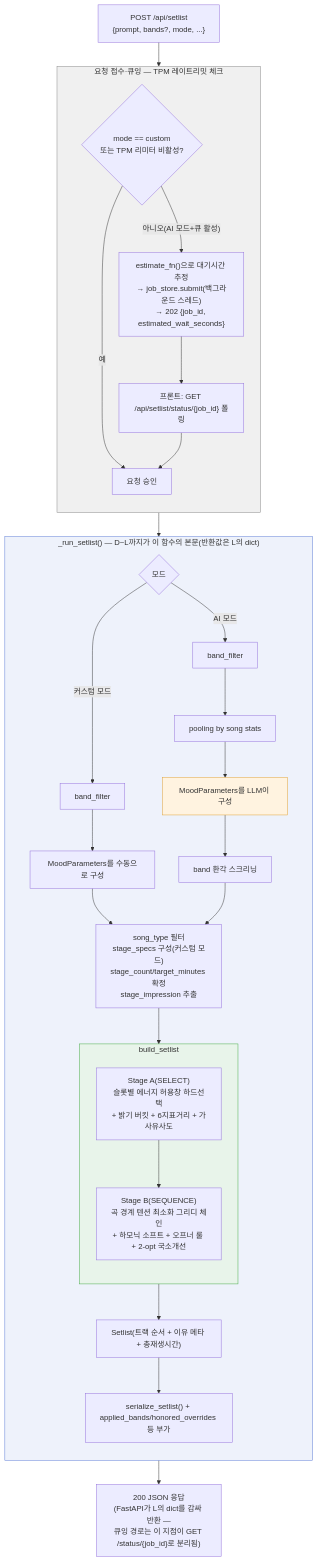
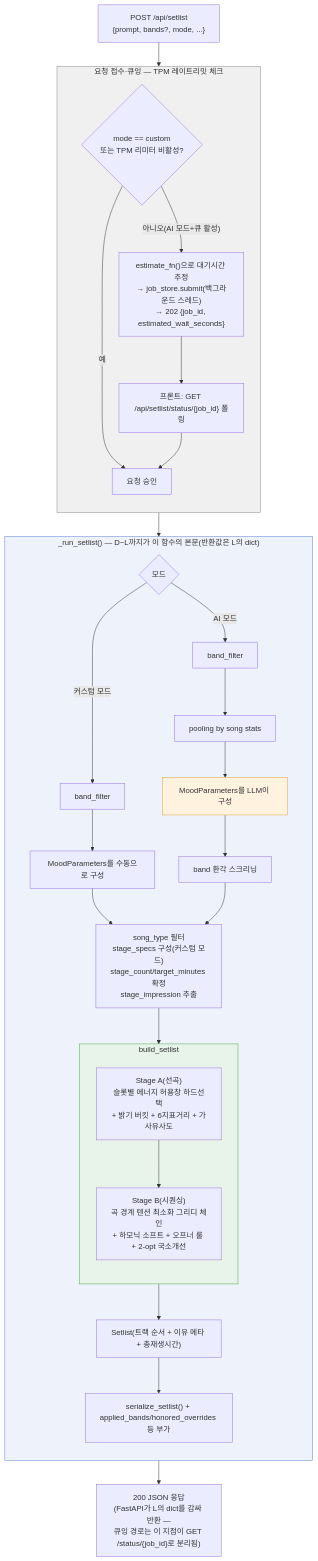
One commit to sbb2002/bandori-playlist-maker changed the first of 2 diagrams in archive/version/v2/01-prompt-to-playlist-flow.md. Above: the diagram before and after it, drawn with Mermaid.

Commit message:
docs(v2-flow): Stage A/B 다이어그램 라벨을 SELECT/SEQUENCE -> 선곡/시퀀싱으로

````diff
--- a/archive/version/v2/01-prompt-to-playlist-flow.md
+++ b/archive/version/v2/01-prompt-to-playlist-flow.md
@@ -14,44 +14,44 @@
 ```mermaid
 flowchart TD
     A["POST /api/setlist<br/>{prompt, bands?, mode, ...}"] --> B
 
     subgraph INTAKE["요청 접수·큐잉 — TPM 레이트리밋 체크"]
         direction TB
         B{"mode == custom<br/>또는 TPM 리미터 비활성?"}
         B -- "예" --> APPROVE["요청 승인"]
         B -- "아니오(AI 모드+큐 활성)" --> Q["estimate_fn()으로 대기시간 추정<br/>→ job_store.submit(백그라운드 스레드)<br/>→ 202 {job_id, estimated_wait_seconds}"]
         Q --> QP["프론트: GET /api/setlist/status/{job_id} 폴링"]
         QP --> APPROVE
     end
 
     APPROVE --> RUN
 
     subgraph RUN["_run_setlist() — D~L까지가 이 함수의 본문(반환값은 L의 dict)"]
         direction TB
         E{"모드"}
         E -- "커스텀 모드" --> D1["band_filter"]
         D1 --> E1["MoodParameters를 수동으로 구성"]
         E -- "AI 모드" --> D2["band_filter"]
         D2 --> E2["pooling by song stats"]
         E2 --> LLM["MoodParameters를 LLM이 구성"]
         LLM --> G["band 환각 스크리닝"]
         E1 --> H
         G --> H["song_type 필터<br/>stage_specs 구성(커스텀 모드)<br/>stage_count/target_minutes 확정<br/>stage_impression 추출"]
         H --> SEL
 
         subgraph SEL["build_setlist"]
             direction TB
-            SA["Stage A(SELECT)<br/>슬롯별 에너지 허용창 하드선택<br/>+ 밝기 버킷 + 6지표거리 + 가사유사도"]
-            SA --> SB["Stage B(SEQUENCE)<br/>곡 경계 텐션 최소화 그리디 체인<br/>+ 하모닉 소프트 + 오프너 룰 + 2-opt 국소개선"]
+            SA["Stage A(선곡)<br/>슬롯별 에너지 허용창 하드선택<br/>+ 밝기 버킷 + 6지표거리 + 가사유사도"]
+            SA --> SB["Stage B(시퀀싱)<br/>곡 경계 텐션 최소화 그리디 체인<br/>+ 하모닉 소프트 + 오프너 룰 + 2-opt 국소개선"]
         end
         SEL --> K["Setlist(트랙 순서 + 이유 메타 + 총재생시간)"]
         K --> L["serialize_setlist() + applied_bands/honored_overrides 등 부가"]
     end
 
     RUN --> M["200 JSON 응답<br/>(FastAPI가 L의 dict를 감싸 반환 —<br/>큐잉 경로는 이 지점이 GET /status/{job_id}로 분리됨)"]
 
     style INTAKE fill:#f0f0f0,stroke:#888
     style RUN fill:#eef2fb,stroke:#5a7bd6
     style LLM fill:#fff3e0,stroke:#e0a030
     style SEL fill:#e8f4ea,stroke:#4a4
 ```
````
